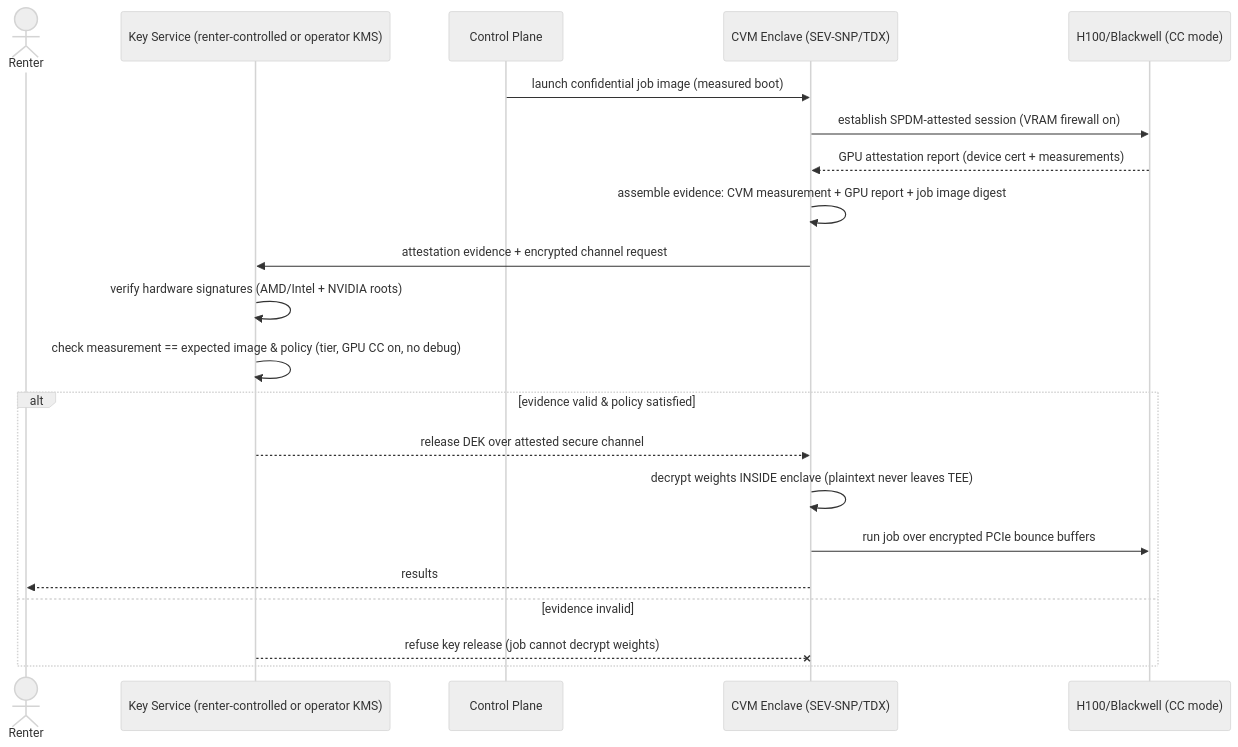
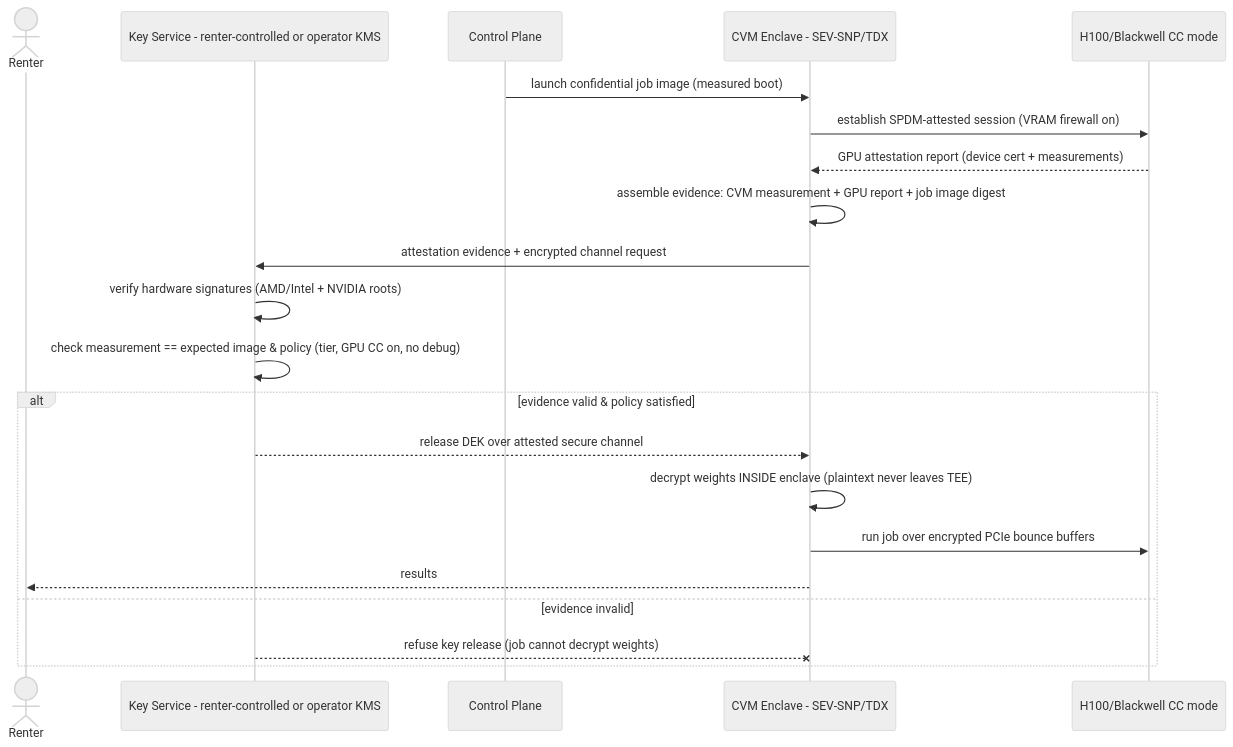
One commit to Zarlanx/loom changed the diagram in docs/platform/security.md. Above: the diagram before and after it, drawn with Mermaid (neutral theme). The commit also changed other lines of this file, not shown here.

Commit message:
review: verification pass — factual corrections, link and mermaid fixes

````diff
--- a/docs/platform/security.md
+++ b/docs/platform/security.md
@@ -193,24 +196,24 @@
 ```mermaid
 sequenceDiagram
     actor Renter
-    participant KS as Key Service (renter-controlled or operator KMS)
+    participant KS as Key Service - renter-controlled or operator KMS
     participant CP as Control Plane
-    participant Enc as CVM Enclave (SEV-SNP/TDX)
-    participant GPU as H100/Blackwell (CC mode)
+    participant Enc as CVM Enclave - SEV-SNP/TDX
+    participant GPU as H100/Blackwell CC mode
 
     CP->>Enc: launch confidential job image (measured boot)
     Enc->>GPU: establish SPDM-attested session (VRAM firewall on)
     GPU-->>Enc: GPU attestation report (device cert + measurements)
     Enc->>Enc: assemble evidence: CVM measurement + GPU report + job image digest
     Enc->>KS: attestation evidence + encrypted channel request
     KS->>KS: verify hardware signatures (AMD/Intel + NVIDIA roots)
     KS->>KS: check measurement == expected image & policy (tier, GPU CC on, no debug)
     alt evidence valid & policy satisfied
         KS-->>Enc: release DEK over attested secure channel
         Enc->>Enc: decrypt weights INSIDE enclave (plaintext never leaves TEE)
         Enc->>GPU: run job over encrypted PCIe bounce buffers
         Enc-->>Renter: results
     else evidence invalid
         KS--xEnc: refuse key release (job cannot decrypt weights)
     end
 ```
````
